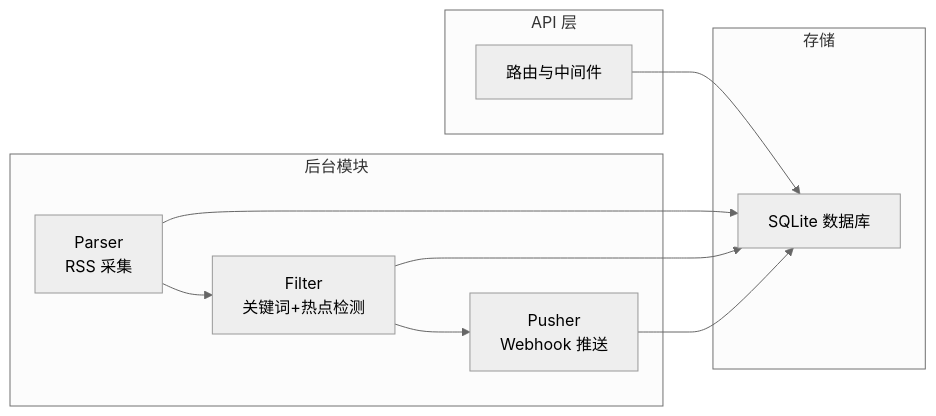
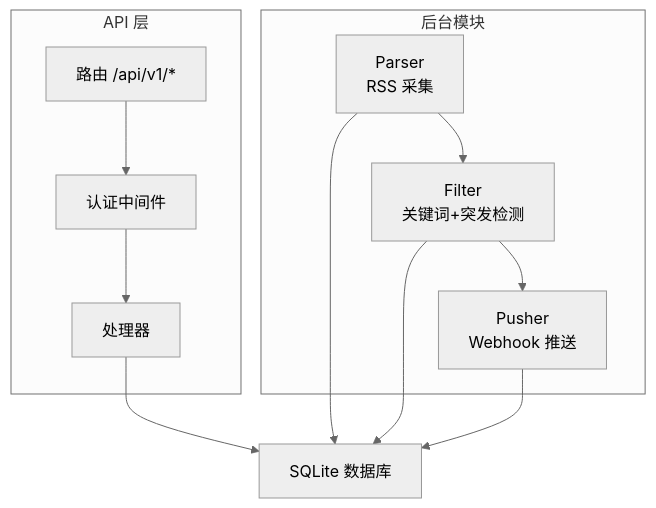
Before and after one commit to leimu-hue/AI-Trend-Tool: the second of 7 diagrams in .qoder/repowiki/zh/content/快速开始.md, drawn with Mermaid (neutral theme). The commit also changed other lines of this file and 118 other files, not shown here.

````diff
--- a/.qoder/repowiki/zh/content/快速开始.md
+++ b/.qoder/repowiki/zh/content/快速开始.md
@@ -79,17 +97,15 @@
 ```mermaid
-graph LR
+graph TB
 subgraph "后台模块"
-P["Parser<br/>RSS 采集"] --> F["Filter<br/>关键词+热点检测"]
+P["Parser<br/>RSS 采集"] --> F["Filter<br/>关键词+突发检测"]
 F --> Pu["Pusher<br/>Webhook 推送"]
 end
 subgraph "API 层"
-R["路由与中间件"]
+R["路由 /api/v1/*"] --> M["认证中间件"]
+M --> H["处理器"]
 end
-subgraph "存储"
-DB["SQLite 数据库"]
-end
-R --> DB
+H --> DB["SQLite 数据库"]
 P --> DB
 F --> DB
 Pu --> DB
 ```
````
